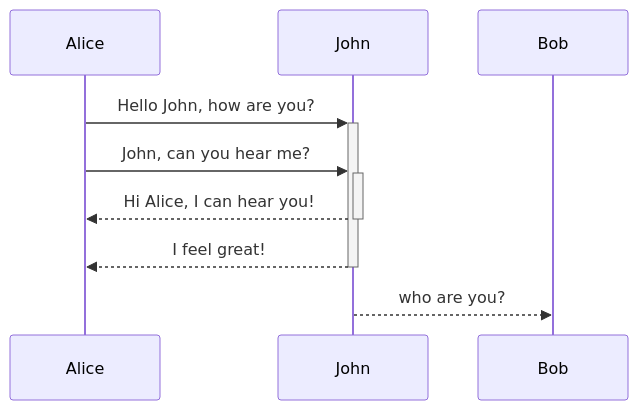
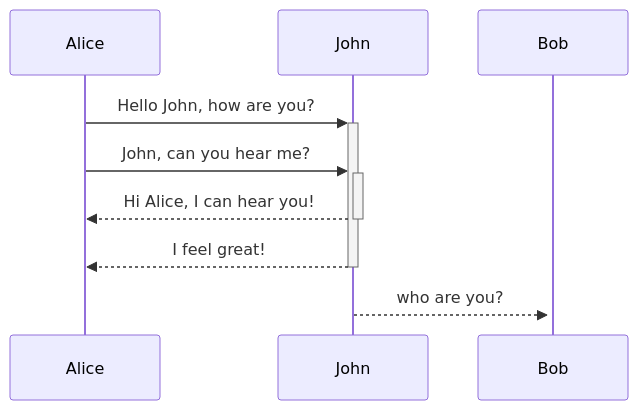
Before and after one commit to googlelxhgithub/iodraw-files: the diagram in all/未命名-3.md, drawn with Mermaid.

Commit message:
2024-07-13 11:12:15 update

````diff
--- a/all/未命名-3.md
+++ b/all/未命名-3.md
@@ -1,9 +1,9 @@
 ```mermaid
 sequenceDiagram
     Alice->>+John: Hello John, how are you?
     Alice->>+John: John, can you hear me?
     John-->>-Alice: Hi Alice, I can hear you!
     John-->>-Alice: I feel great!
-    John-->>Bob: who are you?
+    John-->>+Bob: who are you?
             
 ```
````
